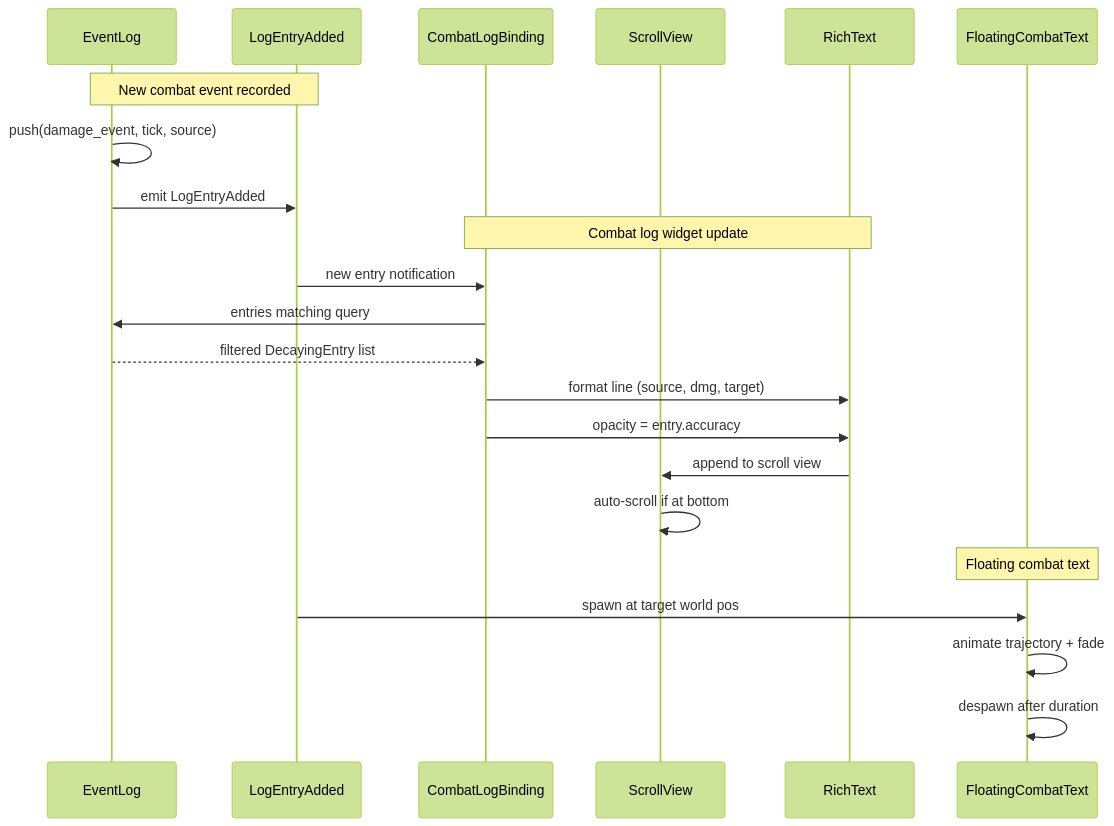
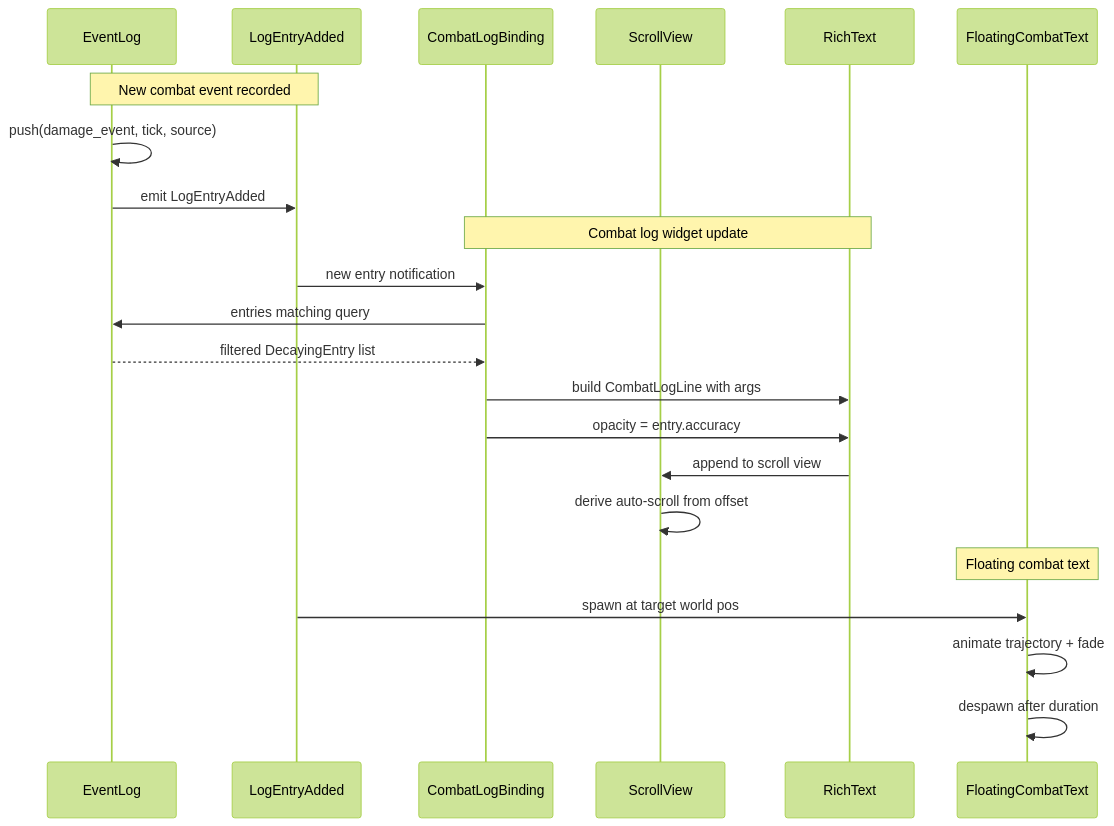
The second of 2 diagrams in docs/design/integration/event-logs-ui.md (harmonius-dev/harmonius), drawn with Mermaid (forest theme) before and after one commit. The commit also changed other lines of this file and 109 other files, not shown here.

````diff
--- a/docs/design/integration/event-logs-ui.md
+++ b/docs/design/integration/event-logs-ui.md
@@ -214,27 +325,27 @@
 ```mermaid
 sequenceDiagram
     participant EL as EventLog
     participant EA as LogEntryAdded
     participant CB as CombatLogBinding
     participant SV as ScrollView
     participant RT as RichText
     participant FCT as FloatingCombatText
 
     Note over EL,EA: New combat event recorded
     EL->>EL: push(damage_event, tick, source)
     EL->>EA: emit LogEntryAdded
 
     Note over CB,RT: Combat log widget update
     EA->>CB: new entry notification
     CB->>EL: entries matching query
     EL-->>CB: filtered DecayingEntry list
-    CB->>RT: format line (source, dmg, target)
+    CB->>RT: build CombatLogLine with args
     CB->>RT: opacity = entry.accuracy
     RT->>SV: append to scroll view
-    SV->>SV: auto-scroll if at bottom
+    SV->>SV: derive auto-scroll from offset
 
     Note over FCT: Floating combat text
     EA->>FCT: spawn at target world pos
     FCT->>FCT: animate trajectory + fade
     FCT->>FCT: despawn after duration
 ```
````
